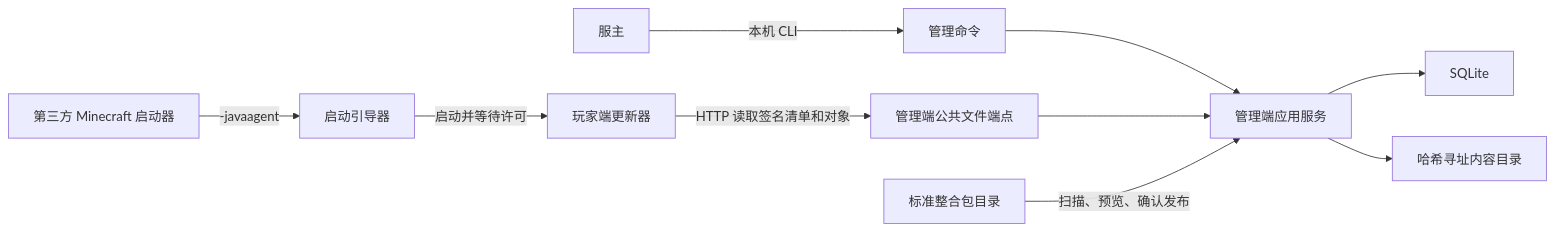
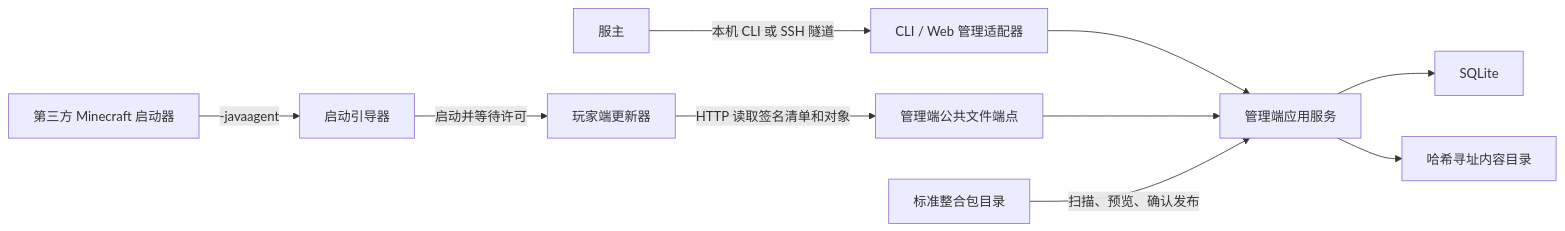
One commit to hanhanyu666/DreamingFish-Updater changed the first of 3 diagrams in docs/V1-DESIGN.md. Above: the diagram before and after it, drawn with Mermaid. The commit also changed other lines of this file and 20 other files, not shown here.

````diff
--- a/docs/V1-DESIGN.md
+++ b/docs/V1-DESIGN.md
@@ -17,12 +17,12 @@
 ```mermaid
 flowchart LR
     L["第三方 Minecraft 启动器"] -->|"-javaagent"| A["启动引导器"]
     A -->|"启动并等待许可"| U["玩家端更新器"]
     U -->|"HTTP 读取签名清单和对象"| H["管理端公共文件端点"]
-    M["服主"] -->|"本机 CLI"| C["管理命令"]
+    M["服主"] -->|"本机 CLI 或 SSH 隧道"| C["CLI / Web 管理适配器"]
     C --> S["管理端应用服务"]
     H --> S
     S --> D["SQLite"]
     S --> O["哈希寻址内容目录"]
     P["标准整合包目录"] -->|"扫描、预览、确认发布"| S
 ```
````
